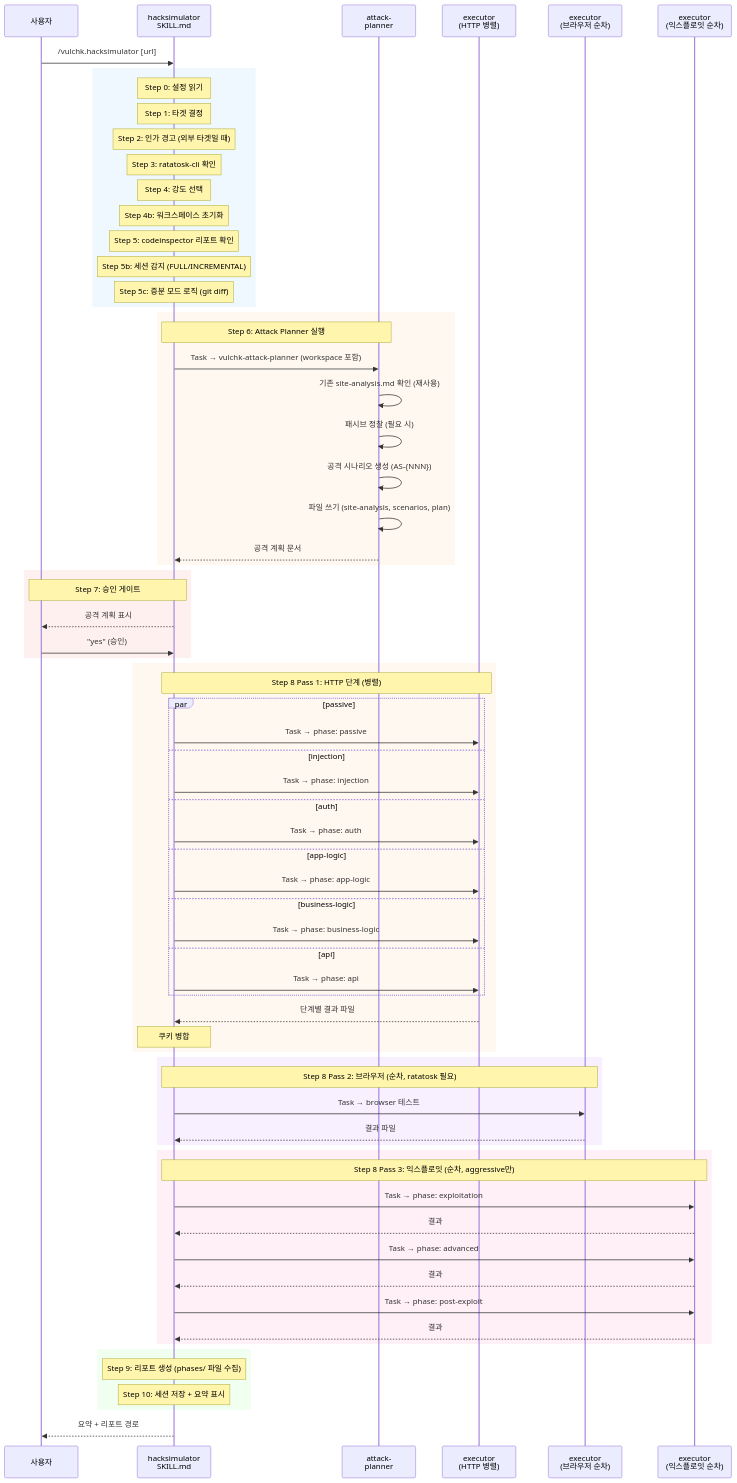
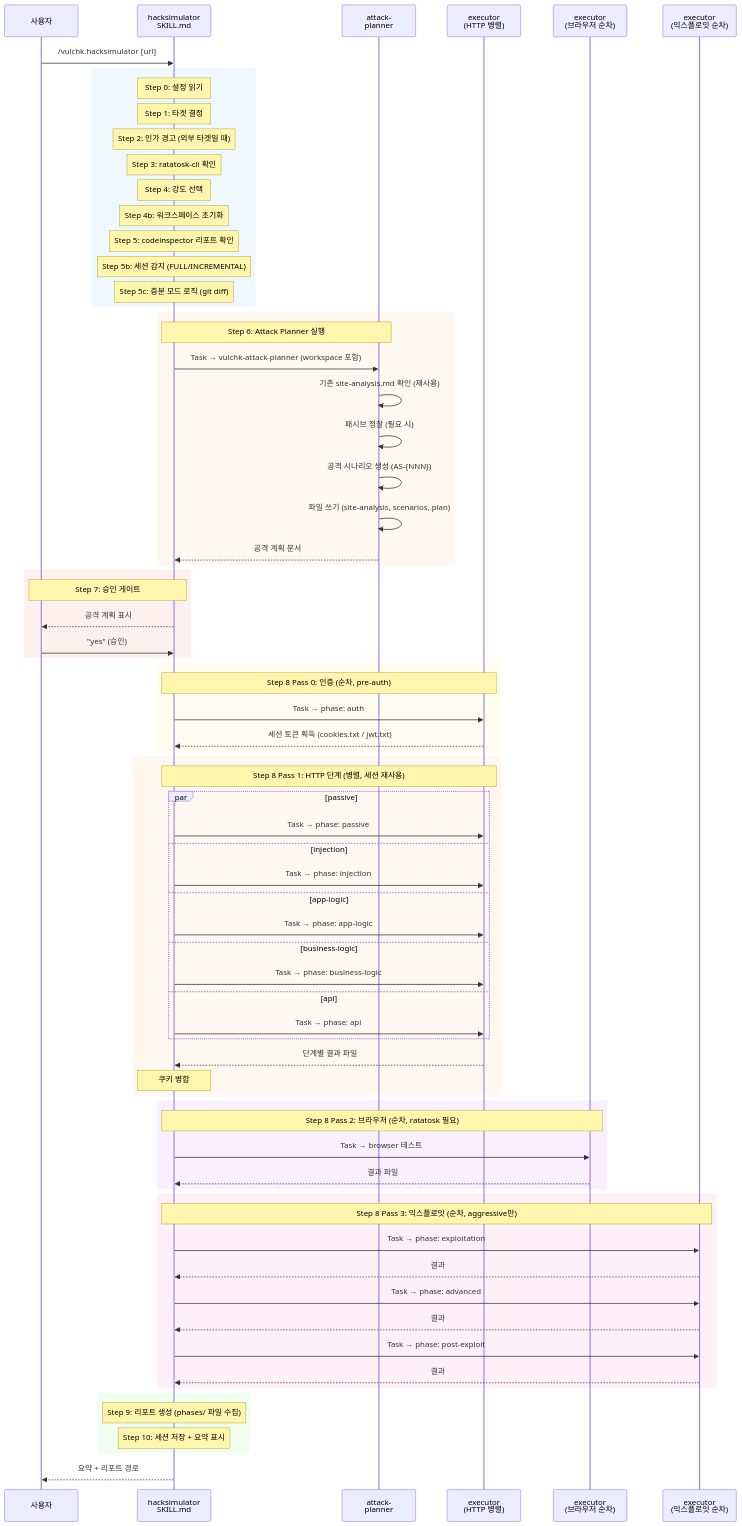
The first of 10 diagrams in design/hacksimulator.md (letsur-dev/vulcheck), drawn with Mermaid before and after one commit. The commit also changed other lines of this file and 9 other files, not shown here.

```diff
--- a/design/hacksimulator.md
+++ b/design/hacksimulator.md
@@ -108,14 +109,18 @@
         사용자->>Skill: "yes" (승인)
     end
 
+    rect rgb(255, 252, 240)
+        Note over Skill,ExHTTP: Step 8 Pass 0: 인증 (순차, pre-auth)
+        Skill->>ExHTTP: Task → phase: auth
+        ExHTTP-->>Skill: 세션 토큰 획득 (cookies.txt / jwt.txt)
+    end
+
     rect rgb(255, 248, 240)
-        Note over Skill,ExHTTP: Step 8 Pass 1: HTTP 단계 (병렬)
+        Note over Skill,ExHTTP: Step 8 Pass 1: HTTP 단계 (병렬, 세션 재사용)
         par passive
             Skill->>ExHTTP: Task → phase: passive
         and injection
             Skill->>ExHTTP: Task → phase: injection
-        and auth
-            Skill->>ExHTTP: Task → phase: auth
         and app-logic
             Skill->>ExHTTP: Task → phase: app-logic
         and business-logic
```
